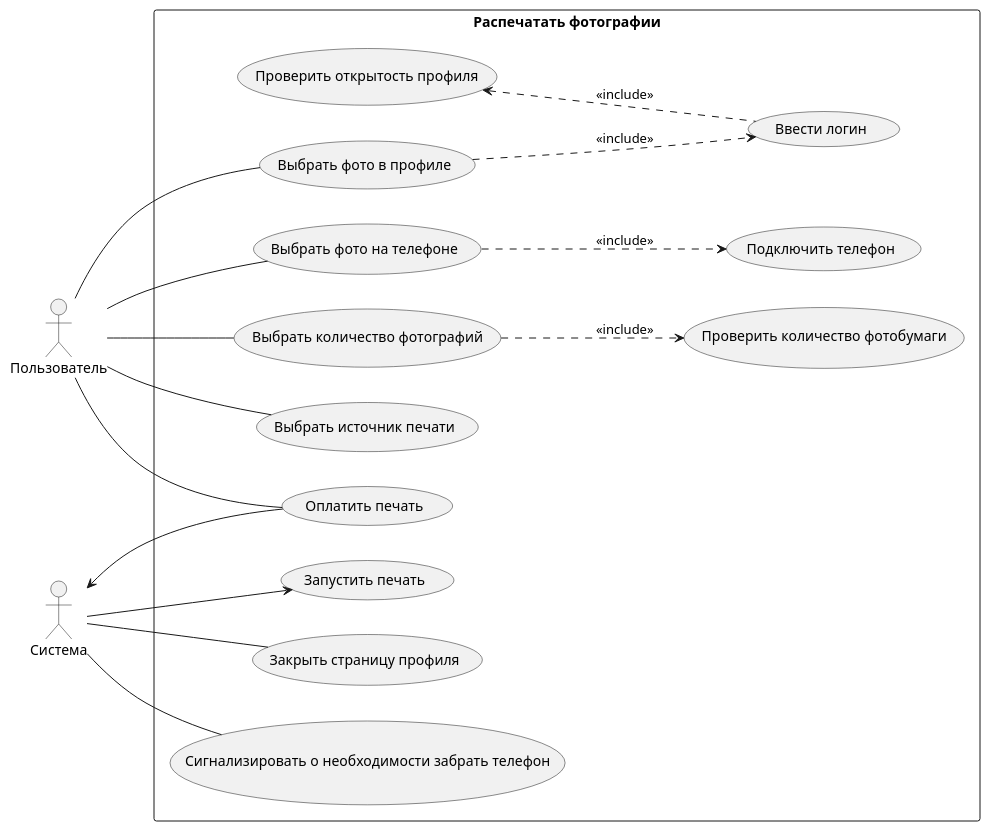
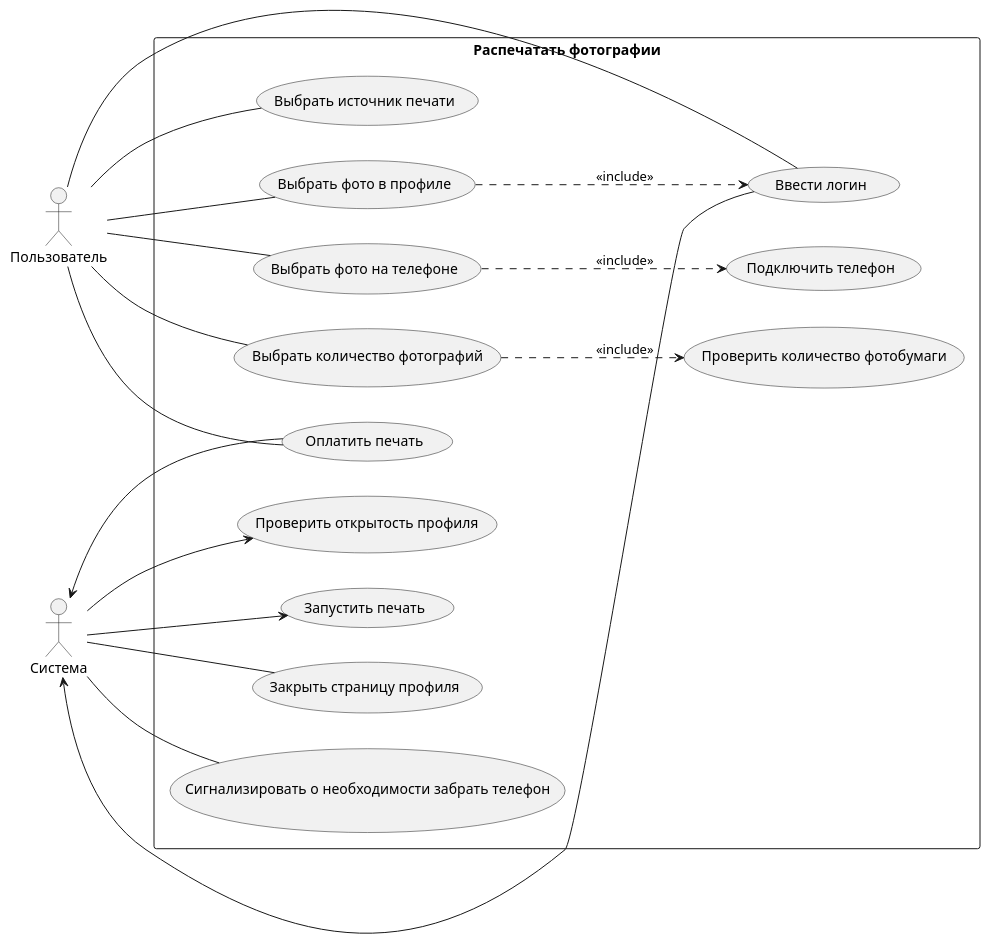
Before and after one commit to PopkovAYu/Notes: the diagram in Notes/Системная аналитика/Курсы от нетологии/Раздел 3. Анализ требований/Итоговая работа по модулю.md, drawn with PlantUML.

Commit message:
vault backup: 2024-04-25 17:49:13
Affected files:
Notes/Системная аналитика/Курсы от нетологии/Раздел 3. Анализ требований/Итоговая работа по модулю.md

````diff
--- a/Notes/Системная аналитика/Курсы от нетологии/Раздел 3. Анализ требований/Итоговая работа по модулю.md
+++ b/Notes/Системная аналитика/Курсы от нетологии/Раздел 3. Анализ требований/Итоговая работа по модулю.md
@@ -72,24 +72,26 @@
 ```plantuml
 @startuml
 actor Пользователь as user
 actor Система as sys
 
 rectangle "Распечатать фотографии" {
 left to right direction
 	user -- (Выбрать источник печати)
 	user -- (Выбрать фото в профиле)
+	user -- (Ввести логин)
 	(Выбрать фото в профиле) ..> (Ввести логин) : <<include>>
-	(Ввести логин) .up.> (Проверить открытость профиля) : <<include>>
+	(Ввести логин) --> sys
+	sys --> (Проверить открытость профиля)
 	user -- (Выбрать фото на телефоне)
 	(Выбрать фото на телефоне) ..> (Подключить телефон) : <<include>>
 	user -- (Выбрать количество фотографий)
 	(Выбрать количество фотографий) ..> (Проверить количество фотобумаги) : <<include>>
 	user -- (Оплатить печать)
 	(Оплатить печать) --> sys
 	sys --> (Запустить печать)
 	sys -- (Закрыть страницу профиля)
 	sys -- (Сигнализировать о необходимости забрать телефон)
-
+	
 }
 @enduml
 ```
````
